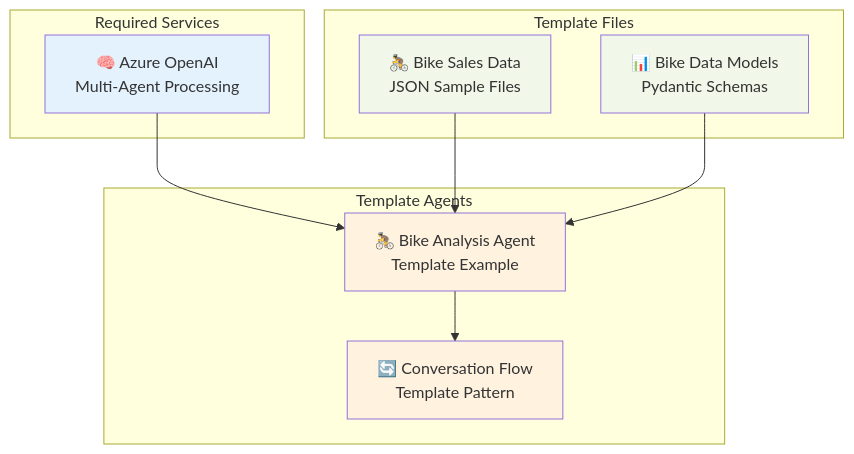
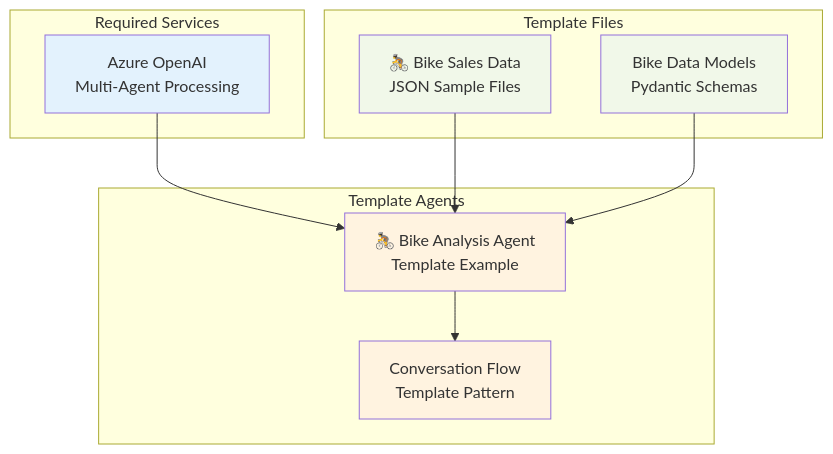
One commit to the-ingenious-dark-knight/Insight_Ingenious changed the seventh of 10 diagrams in docs/workflows/README.md. Above: the diagram before and after it, drawn with Mermaid. The commit also changed other lines of this file and 23 other files, not shown here.

````diff
--- a/docs/workflows/README.md
+++ b/docs/workflows/README.md
@@ -296,29 +296,29 @@
 ```mermaid
 graph TB
     subgraph "Required Services"
-        AZURE_OPENAI[🧠 Azure OpenAI\nMulti-Agent Processing]
+        AZURE_OPENAI[ Azure OpenAI\nMulti-Agent Processing]
     end
 
     subgraph "Template Files"
         BIKE_DATA[🚴 Bike Sales Data\nJSON Sample Files]
-        BIKE_MODELS[📊 Bike Data Models\nPydantic Schemas]
+        BIKE_MODELS[ Bike Data Models\nPydantic Schemas]
     end
 
     subgraph "Template Agents"
         BIKE_AGENT[🚴 Bike Analysis Agent\nTemplate Example]
-        AGENT_FLOW[🔄 Conversation Flow\nTemplate Pattern]
+        AGENT_FLOW[ Conversation Flow\nTemplate Pattern]
     end
 
     AZURE_OPENAI --> BIKE_AGENT
     BIKE_DATA --> BIKE_AGENT
     BIKE_MODELS --> BIKE_AGENT
     BIKE_AGENT --> AGENT_FLOW
 
     classDef service fill:#e3f2fd
     classDef template fill:#f1f8e9
     classDef agent fill:#fff3e0
 
     class AZURE_OPENAI service
     class BIKE_DATA,BIKE_MODELS template
     class BIKE_AGENT,AGENT_FLOW agent
 ```
````
